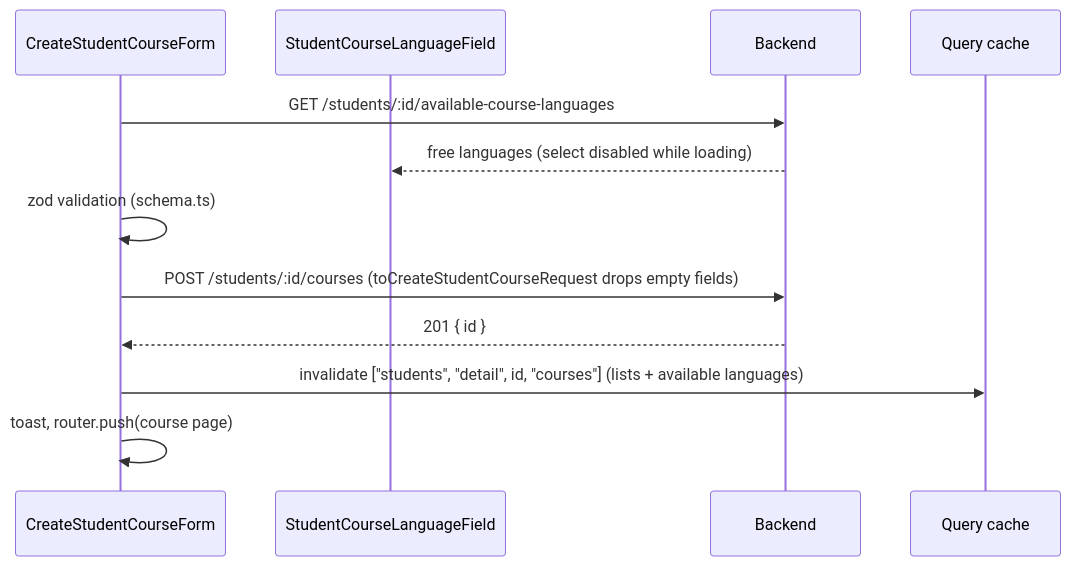
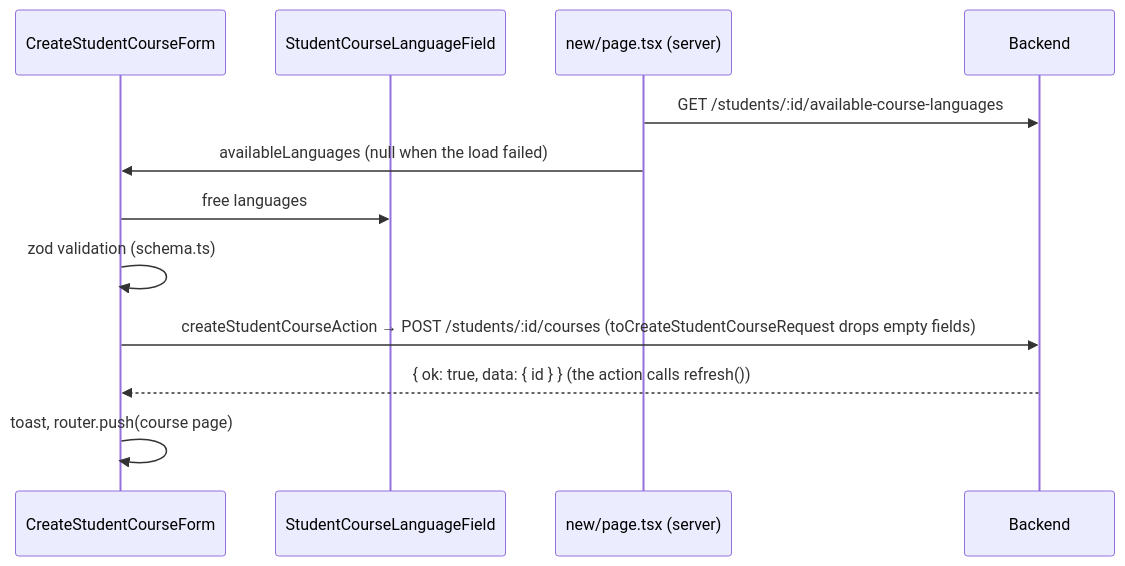
The third of 4 diagrams in front/src/docs/student-courses.md (KaterynaKocheharova/Practice-app), drawn with Mermaid before and after one commit. The commit also changed other lines of this file and 178 other files, not shown here.

Commit message:
use server actions for all implemented features and proxy tokens refresh

````diff
--- a/front/src/docs/student-courses.md
+++ b/front/src/docs/student-courses.md
@@ -72,15 +72,15 @@
 ```mermaid
 sequenceDiagram
   participant Form as CreateStudentCourseForm
   participant Field as StudentCourseLanguageField
+  participant Page as new/page.tsx (server)
   participant BE as Backend
-  participant Cache as Query cache
 
-  Form->>BE: GET /students/:id/available-course-languages
-  BE-->>Field: free languages (select disabled while loading)
+  Page->>BE: GET /students/:id/available-course-languages
+  Page->>Form: availableLanguages (null when the load failed)
+  Form->>Field: free languages
   Form->>Form: zod validation (schema.ts)
-  Form->>BE: POST /students/:id/courses (toCreateStudentCourseRequest drops empty fields)
-  BE-->>Form: 201 { id }
-  Form->>Cache: invalidate ["students", "detail", id, "courses"] (lists + available languages)
+  Form->>BE: createStudentCourseAction → POST /students/:id/courses (toCreateStudentCourseRequest drops empty fields)
+  BE-->>Form: { ok: true, data: { id } } (the action calls refresh())
   Form->>Form: toast, router.push(course page)
 ```
````
